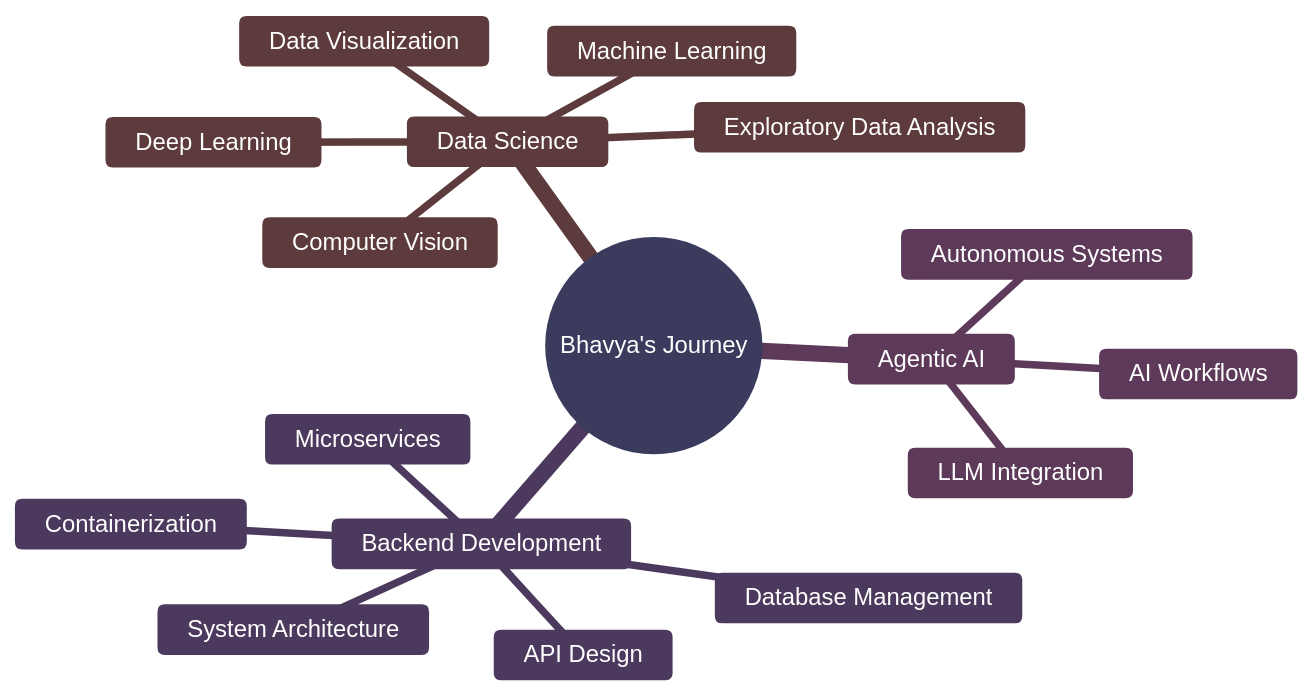
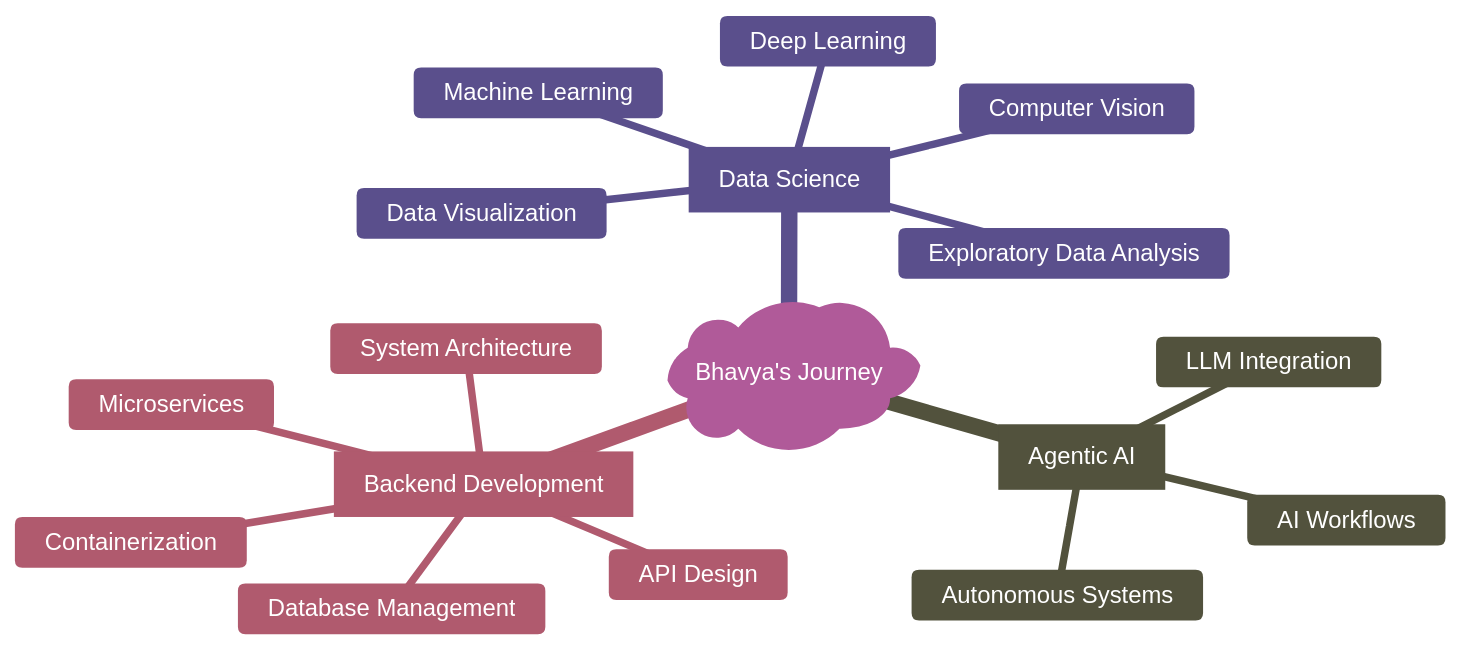
One commit to 04bhavyaa/04bhavyaa changed the diagram in README.md. Above: the diagram before and after it, drawn with Mermaid.

Commit message:
Update theme colors and structure in README

````diff
--- a/README.md
+++ b/README.md
@@ -68,21 +68,21 @@
 ```mermaid
-%%{init: {'theme':'base', 'themeVariables': { 'primaryColor':'#7172a6', 'primaryTextColor':'#ffffff', 'lineColor':'#ffffff', 'secondaryColor':'#a67172', 'tertiaryColor':'#a671a0', 'secondaryTextColor':'#ffffff', 'tertiaryTextColor':'#ffffff', 'fontSize':'16px', 'fontFamily':'Arial'}}}%%
+%%{init: {'theme':'base', 'themeVariables': { 'primaryColor':'#d9b0ce', 'primaryTextColor':'#ffffff', 'primaryBorderColor':'#ffffff', 'lineColor':'#ffffff', 'secondaryColor':'#9f97c4', 'secondaryTextColor':'#ffffff', 'tertiaryColor':'#999976', 'tertiaryTextColor':'#ffffff', 'textColor':'#ffffff', 'nodeTextColor':'#ffffff', 'mainBkg':'#6366f1', 'fontSize':'16px', 'fontFamily':'Arial'}}}%%
 mindmap
-  root((Bhavya's Journey))
-    Data Science
+  root(Bhavya's Journey))
+    [Data Science]
       Machine Learning
       Deep Learning
       Data Visualization
       Exploratory Data Analysis
       Computer Vision
-    Agentic AI
+    [Agentic AI]
       LLM Integration
       Autonomous Systems
       AI Workflows
-    Backend Development
+    [Backend Development]
       API Design
       Database Management
       System Architecture
       Containerization
       Microservices
 ```
````
